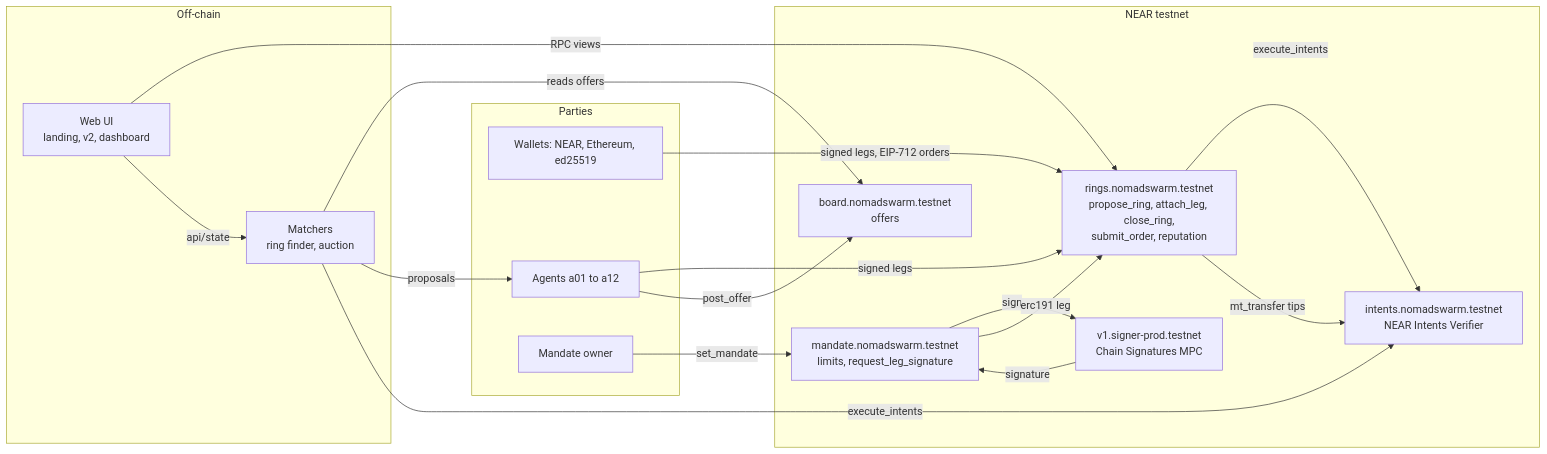
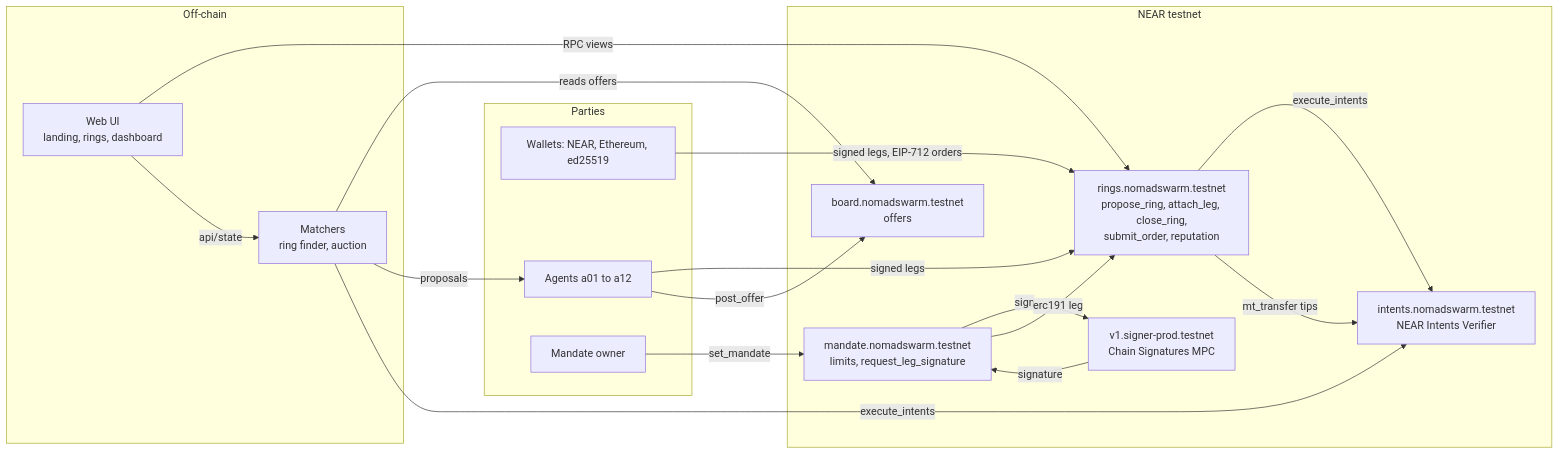
One commit to charlesms1246/nomad changed the first of 5 diagrams in README.md. Above: the diagram before and after it, drawn with Mermaid. The commit also changed other lines of this file and 10 other files, not shown here.

Commit message:
Rename v2 to on-chain rings outside web/: README routes /rings and paths, media/rings-verified.png, script and contract comments, ui-check shots

````diff
--- a/README.md
+++ b/README.md
@@ -117,33 +117,33 @@
 ```mermaid
 flowchart LR
   subgraph Parties
     W["Wallets: NEAR, Ethereum, ed25519"]
     A["Agents a01 to a12"]
     O["Mandate owner"]
   end
   subgraph Testnet["NEAR testnet"]
     R["rings.nomadswarm.testnet<br/>propose_ring, attach_leg, close_ring,<br/>submit_order, reputation"]
     M["mandate.nomadswarm.testnet<br/>limits, request_leg_signature"]
     MPC["v1.signer-prod.testnet<br/>Chain Signatures MPC"]
     V["intents.nomadswarm.testnet<br/>NEAR Intents Verifier"]
     B["board.nomadswarm.testnet<br/>offers"]
   end
   subgraph OffChain["Off-chain"]
     MT["Matchers<br/>ring finder, auction"]
-    WEB["Web UI<br/>landing, v2, dashboard"]
+    WEB["Web UI<br/>landing, rings, dashboard"]
   end
   W -- "signed legs, EIP-712 orders" --> R
   A -- "signed legs" --> R
   O -- "set_mandate" --> M
   M -- "sign" --> MPC
   MPC -- "signature" --> M
   M -- "erc191 leg" --> R
   R -- "execute_intents" --> V
   R -- "mt_transfer tips" --> V
   A -- "post_offer" --> B
   MT -- "reads offers" --> B
   MT -- "proposals" --> A
   MT -- "execute_intents" --> V
   WEB -- "RPC views" --> R
   WEB -- "api/state" --> MT
 ```
````
